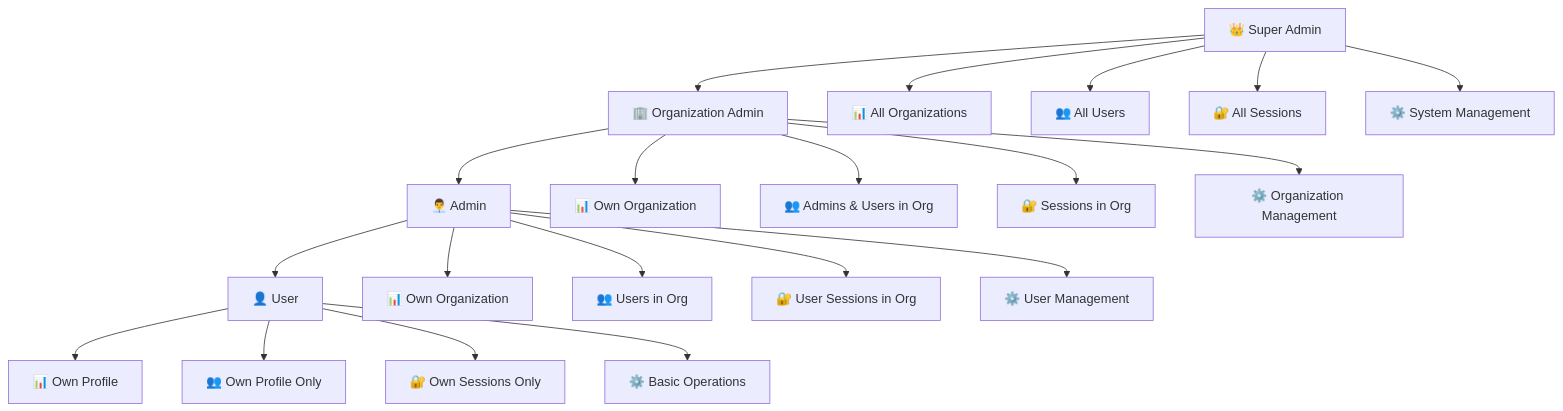
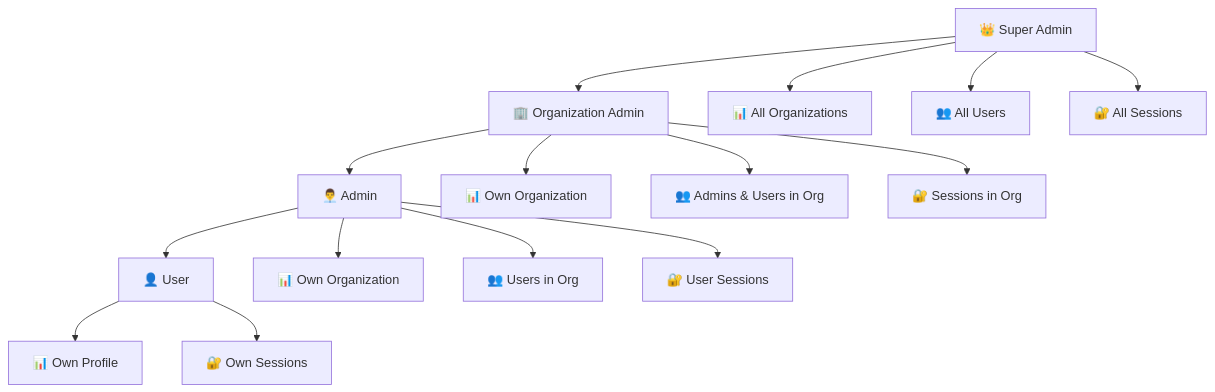
Before and after one commit to Husky1711/fastapi-user-management: the diagram in README.md, drawn with Mermaid. The commit also changed other lines of this file and 41 other files, not shown here.

````diff
--- a/README.md
+++ b/README.md
@@ -285,26 +82,21 @@
 ```mermaid
 graph TD
-    A[👑 Super Admin] --> B[🏢 Organization Admin]
-    B --> C[👨‍💼 Admin]
-    C --> D[👤 User]
+    SA[👑 Super Admin] --> OA[🏢 Organization Admin]
+    OA --> A[👨‍💼 Admin]
+    A --> U[👤 User]
     
-    A --> A1[📊 All Organizations]
-    A --> A2[👥 All Users]
-    A --> A3[🔐 All Sessions]
-    A --> A4[⚙️ System Management]
+    SA --> SA1[📊 All Organizations]
+    SA --> SA2[👥 All Users]
+    SA --> SA3[🔐 All Sessions]
     
-    B --> B1[📊 Own Organization]
-    B --> B2[👥 Admins & Users in Org]
-    B --> B3[🔐 Sessions in Org]
-    B --> B4[⚙️ Organization Management]
+    OA --> OA1[📊 Own Organization]
+    OA --> OA2[👥 Admins & Users in Org]
+    OA --> OA3[🔐 Sessions in Org]
     
-    C --> C1[📊 Own Organization]
-    C --> C2[👥 Users in Org]
-    C --> C3[🔐 User Sessions in Org]
-    C --> C4[⚙️ User Management]
+    A --> A1[📊 Own Organization]
+    A --> A2[👥 Users in Org]
+    A --> A3[🔐 User Sessions]
     
-    D --> D1[📊 Own Profile]
-    D --> D2[👥 Own Profile Only]
-    D --> D3[🔐 Own Sessions Only]
-    D --> D4[⚙️ Basic Operations]
+    U --> U1[📊 Own Profile]
+    U --> U2[🔐 Own Sessions]
 ```
````
